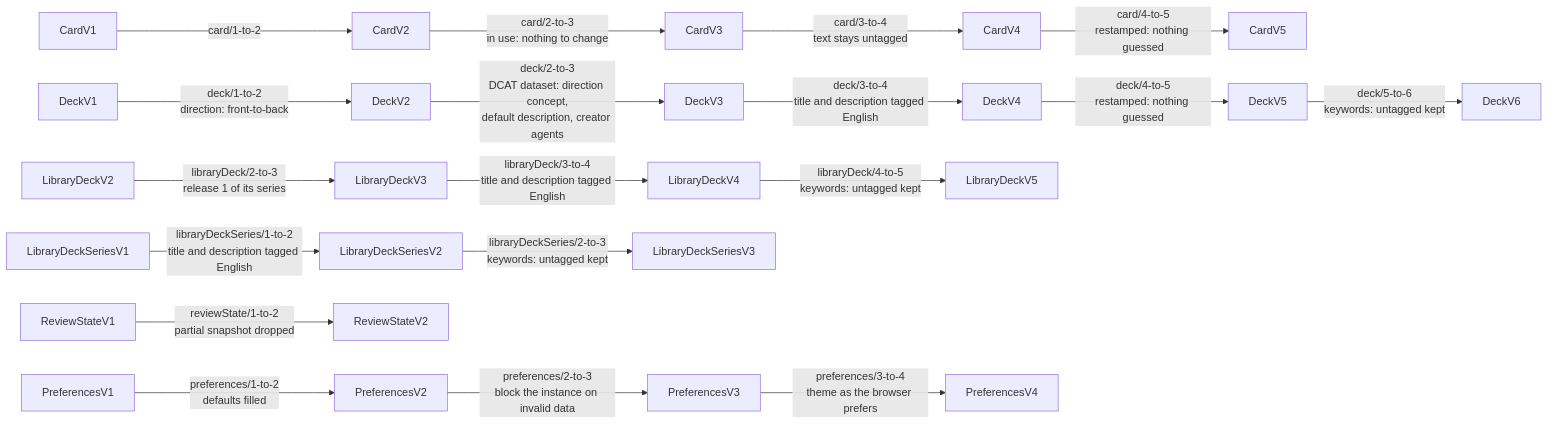
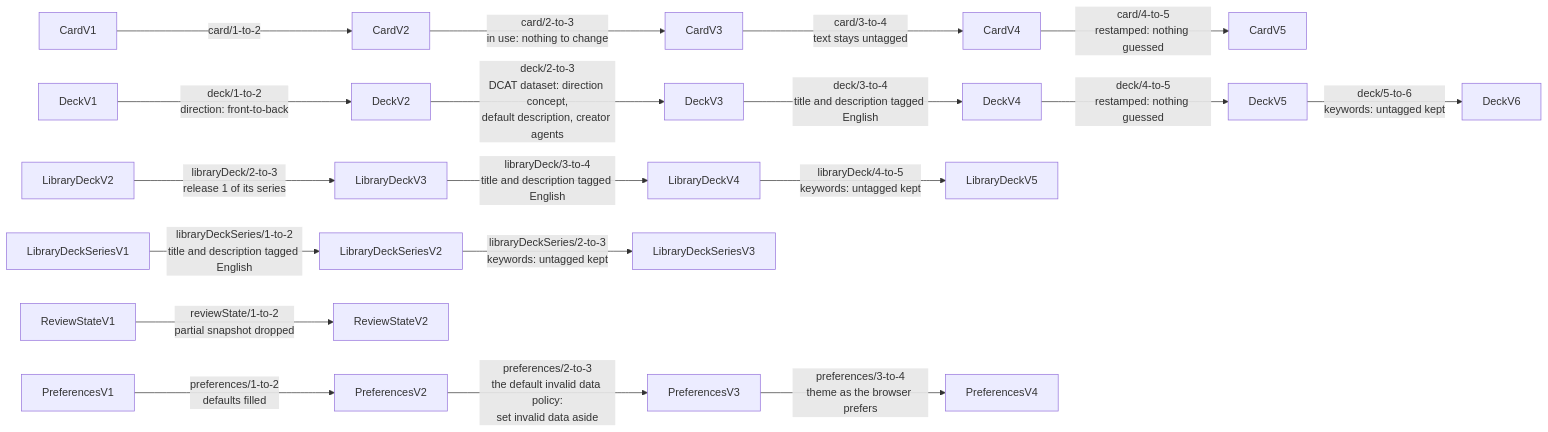
The first of 3 diagrams in docs/migrations.md (solid-memo/website), drawn with Mermaid before and after one commit. The commit also changed other lines of this file and 37 other files, not shown here.

First line of the commit message:
Set aside a deck with invalid data rather than blocking the instance

````diff
--- a/docs/migrations.md
+++ b/docs/migrations.md
@@ -165,21 +165,21 @@
 ```mermaid
 flowchart LR
     v1["CardV1"] -->|card/1-to-2| v2["CardV2"]
     v2 -->|card/2-to-3<br/>in use: nothing to change| v3["CardV3"]
     v3 -->|card/3-to-4<br/>text stays untagged| v4["CardV4"]
     v4 -->|card/4-to-5<br/>restamped: nothing guessed| v5["CardV5"]
     d1["DeckV1"] -->|deck/1-to-2<br/>direction: front-to-back| d2["DeckV2"]
     d2 -->|deck/2-to-3<br/>DCAT dataset: direction concept,<br/>default description, creator agents| d3["DeckV3"]
     d3 -->|deck/3-to-4<br/>title and description tagged English| d4["DeckV4"]
     d4 -->|deck/4-to-5<br/>restamped: nothing guessed| d5["DeckV5"]
     d5 -->|deck/5-to-6<br/>keywords: untagged kept| d6["DeckV6"]
     l2["LibraryDeckV2"] -->|libraryDeck/2-to-3<br/>release 1 of its series| l3["LibraryDeckV3"]
     l3 -->|libraryDeck/3-to-4<br/>title and description tagged English| l4["LibraryDeckV4"]
     l4 -->|libraryDeck/4-to-5<br/>keywords: untagged kept| l5["LibraryDeckV5"]
     s1["LibraryDeckSeriesV1"] -->|libraryDeckSeries/1-to-2<br/>title and description tagged English| s2["LibraryDeckSeriesV2"]
     s2 -->|libraryDeckSeries/2-to-3<br/>keywords: untagged kept| s3["LibraryDeckSeriesV3"]
     r1["ReviewStateV1"] -->|reviewState/1-to-2<br/>partial snapshot dropped| r2["ReviewStateV2"]
     p1["PreferencesV1"] -->|preferences/1-to-2<br/>defaults filled| p2["PreferencesV2"]
-    p2 -->|preferences/2-to-3<br/>block the instance on invalid data| p3["PreferencesV3"]
+    p2 -->|preferences/2-to-3<br/>the default invalid data policy:<br/>set invalid data aside| p3["PreferencesV3"]
     p3 -->|preferences/3-to-4<br/>theme as the browser prefers| p4["PreferencesV4"]
 ```
````
